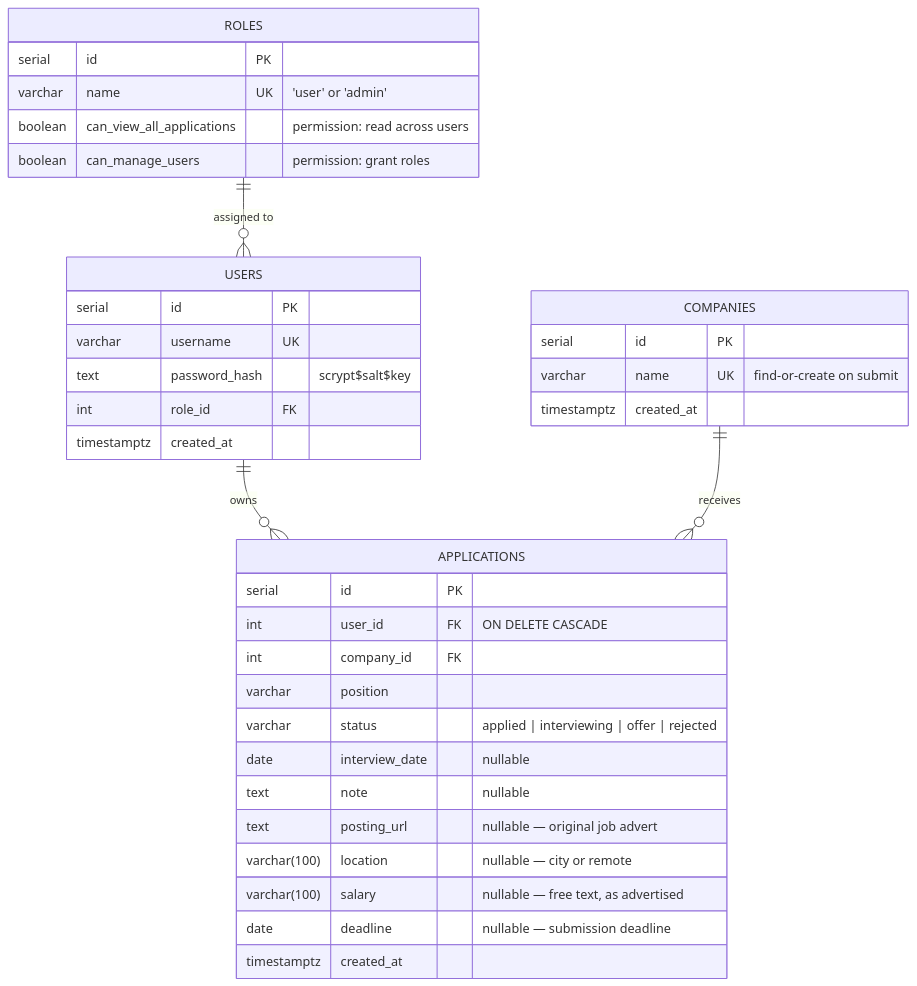
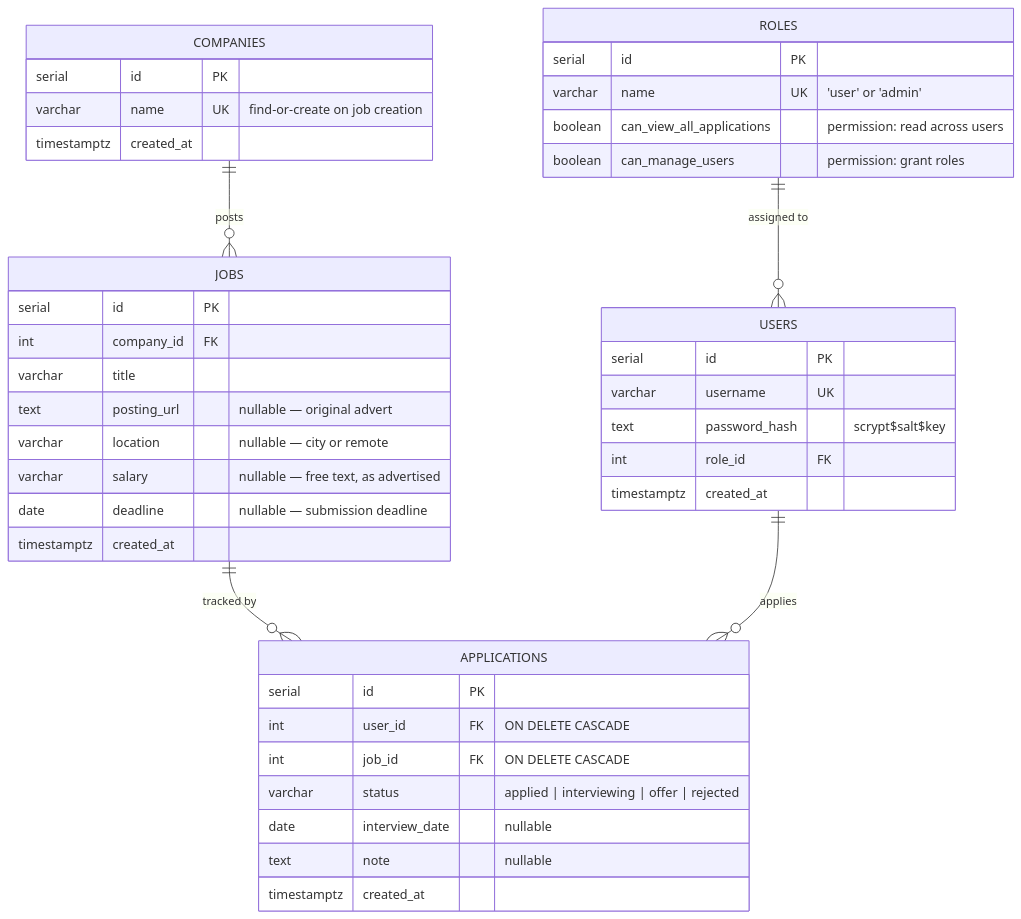
The diagram in docs/erd.md (RW918/ERB_Group_Project), drawn with Mermaid before and after one commit. The commit also changed other lines of this file and 18 other files, not shown here.

Commit message:
db: split jobs out of applications (m:n via applications), drop stale .js mirrors

````diff
--- a/docs/erd.md
+++ b/docs/erd.md
@@ -11,42 +7,49 @@
 ```mermaid
 erDiagram
+    COMPANIES ||--o{ JOBS : "posts"
+    JOBS ||--o{ APPLICATIONS : "tracked by"
+    USERS ||--o{ APPLICATIONS : "applies"
     ROLES ||--o{ USERS : "assigned to"
-    USERS ||--o{ APPLICATIONS : "owns"
-    COMPANIES ||--o{ APPLICATIONS : "receives"
 
     ROLES {
         serial id PK
         varchar name UK "'user' or 'admin'"
         boolean can_view_all_applications "permission: read across users"
         boolean can_manage_users "permission: grant roles"
     }
 
     USERS {
         serial id PK
         varchar username UK
         text password_hash "scrypt$salt$key"
         int role_id FK
         timestamptz created_at
     }
 
     COMPANIES {
         serial id PK
-        varchar name UK "find-or-create on submit"
+        varchar name UK "find-or-create on job creation"
+        timestamptz created_at
+    }
+
+    JOBS {
+        serial id PK
+        int company_id FK
+        varchar title
+        text posting_url "nullable — original advert"
+        varchar location "nullable — city or remote"
+        varchar salary "nullable — free text, as advertised"
+        date deadline "nullable — submission deadline"
         timestamptz created_at
     }
 
     APPLICATIONS {
         serial id PK
         int user_id FK "ON DELETE CASCADE"
-        int company_id FK
-        varchar position
+        int job_id FK "ON DELETE CASCADE"
         varchar status "applied | interviewing | offer | rejected"
         date interview_date "nullable"
         text note "nullable"
-        text posting_url "nullable — original job advert"
-        varchar(100) location "nullable — city or remote"
-        varchar(100) salary "nullable — free text, as advertised"
-        date deadline "nullable — submission deadline"
         timestamptz created_at
     }
 ```
````
